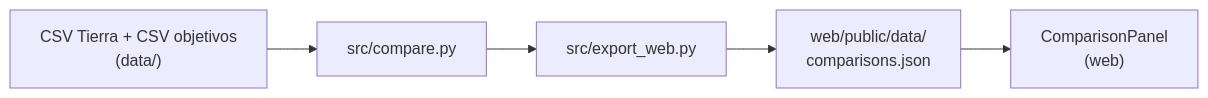
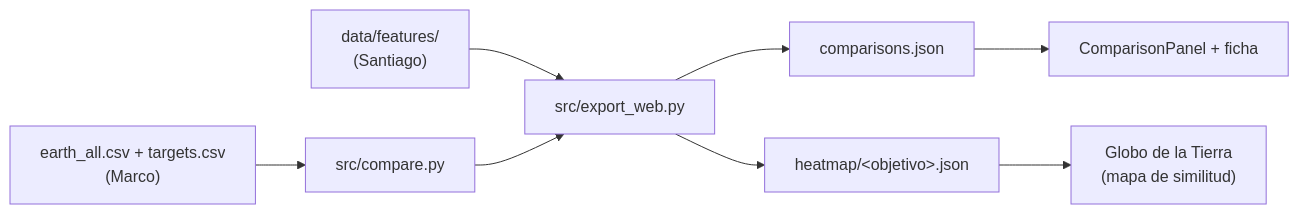
One commit to Mabeltranpe1/NASA_SPACE_APPS_2026 changed the second of 3 diagrams in docs/ARQUITECTURA.md. Above: the diagram before and after it, drawn with Mermaid. The commit also changed other lines of this file and 5 other files, not shown here.

````diff
--- a/docs/ARQUITECTURA.md
+++ b/docs/ARQUITECTURA.md
@@ -52,7 +53,10 @@
 ```mermaid
 flowchart LR
-    CSV["CSV Tierra + CSV objetivos<br/>(data/)"] --> CMP["src/compare.py"]
+    CSV["earth_all.csv + targets.csv<br/>(Marco)"] --> CMP["src/compare.py"]
+    SAN["data/features/<br/>(Santiago)"] --> EXP
     CMP --> EXP["src/export_web.py"]
-    EXP --> JSON["web/public/data/<br/>comparisons.json"]
-    JSON --> PANEL["ComparisonPanel<br/>(web)"]
+    EXP --> JSON["comparisons.json"]
+    EXP --> HEAT["heatmap/&lt;objetivo&gt;.json"]
+    JSON --> PANEL["ComparisonPanel + ficha"]
+    HEAT --> GLOBE["Globo de la Tierra<br/>(mapa de similitud)"]
 ```
````
